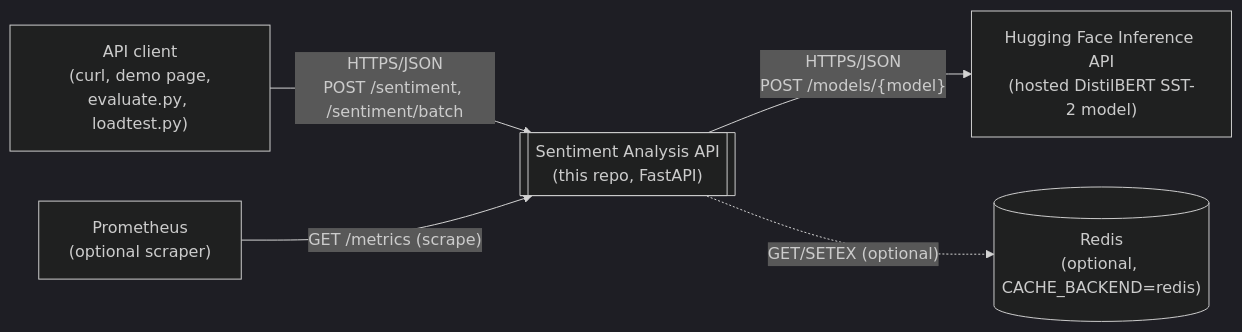
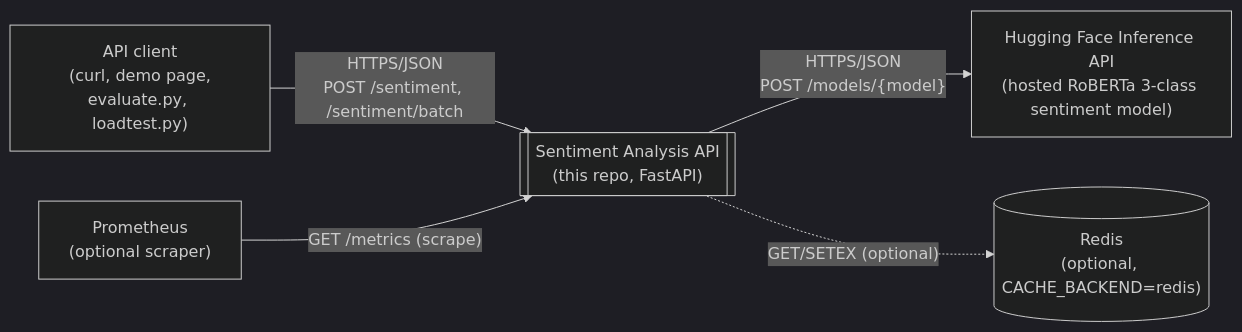
Before and after one commit to ricardomb-tech/reto-02: the first of 7 diagrams in docs/ARCHITECTURE.md, drawn with Mermaid (dark theme). The commit also changed other lines of this file and 19 other files, not shown here.

````diff
--- a/docs/ARCHITECTURE.md
+++ b/docs/ARCHITECTURE.md
@@ -29,13 +29,13 @@
 ```mermaid
 flowchart LR
     Client["API client<br/>(curl, demo page,<br/>evaluate.py, loadtest.py)"]
     API[["Sentiment Analysis API<br/>(this repo, FastAPI)"]]
-    HF["Hugging Face Inference API<br/>(hosted DistilBERT SST-2 model)"]
+    HF["Hugging Face Inference API<br/>(hosted RoBERTa 3-class sentiment model)"]
     Redis[("Redis<br/>(optional, CACHE_BACKEND=redis)")]
     Prom["Prometheus<br/>(optional scraper)"]
 
     Client -- "HTTPS/JSON<br/>POST /sentiment, /sentiment/batch" --> API
     API -- "HTTPS/JSON<br/>POST /models/{model}" --> HF
     API -. "GET/SETEX (optional)" .-> Redis
     Prom -- "GET /metrics (scrape)" --> API
 ```
````
